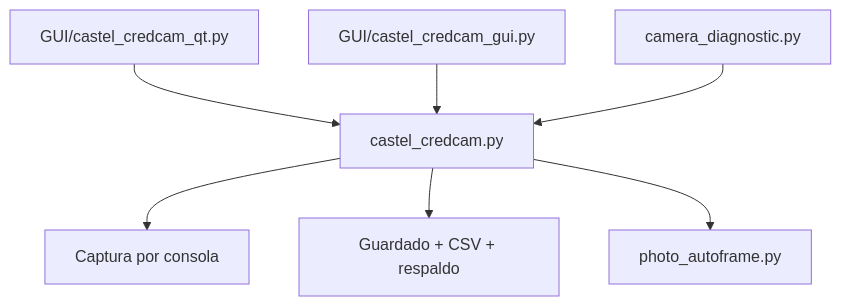
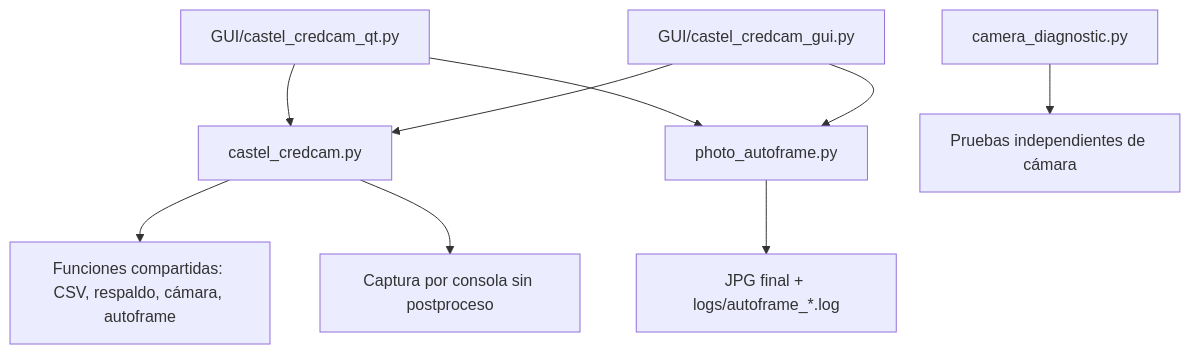
The third of 3 diagrams in README.md (JackStar6677-1/castel-credcam), drawn with Mermaid before and after one commit. The commit also changed other lines of this file and 7 other files, not shown here.

````diff
--- a/README.md
+++ b/README.md
@@ -211,9 +227,11 @@
 ```mermaid
 graph TD
-    A["castel_credcam.py"] --> B["Captura por consola"]
-    A --> C["Guardado + CSV + respaldo"]
-    A --> D["photo_autoframe.py"]
-    E["GUI/castel_credcam_qt.py"] --> A
-    F["GUI/castel_credcam_gui.py"] --> A
-    G["camera_diagnostic.py"] --> A
+    A["castel_credcam.py"] --> B["Funciones compartidas: CSV, respaldo, cámara, autoframe"]
+    A --> C["Captura por consola sin postproceso"]
+    D["GUI/castel_credcam_qt.py"] --> A
+    E["GUI/castel_credcam_gui.py"] --> A
+    D --> F["photo_autoframe.py"]
+    E --> F
+    F --> G["JPG final + logs/autoframe_*.log"]
+    H["camera_diagnostic.py"] --> I["Pruebas independientes de cámara"]
 ```
````
